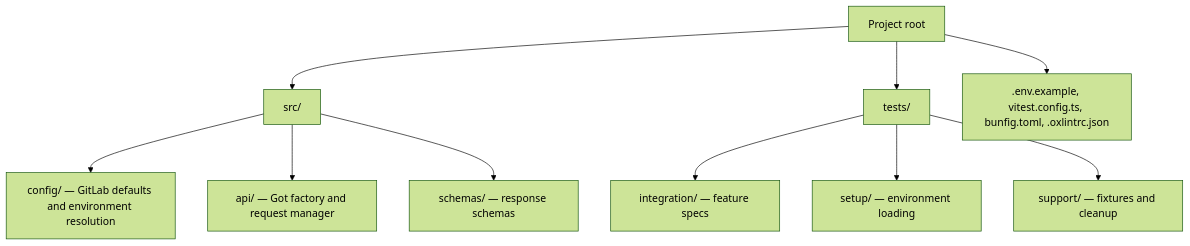
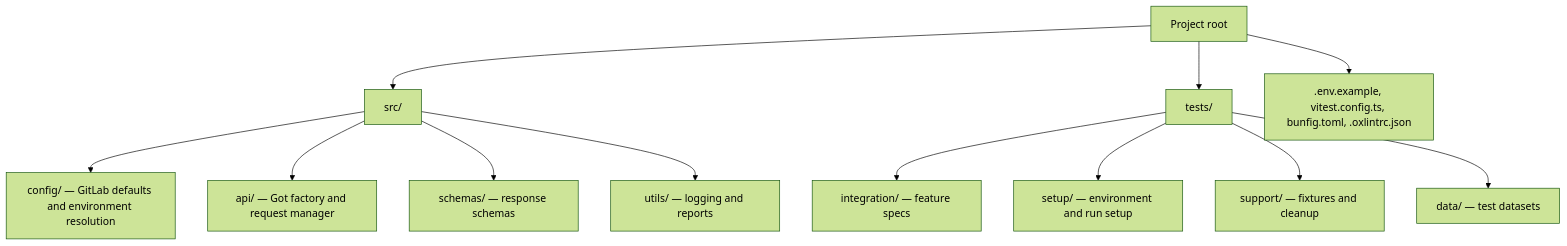
The second of 2 diagrams in wiki/labs/l4/architecture.md (sqe3-organization/sqe3-2026-group4), drawn with Mermaid (forest theme) before and after one commit. The commit also changed other lines of this file and 3 other files, not shown here.

````diff
--- a/wiki/labs/l4/architecture.md
+++ b/wiki/labs/l4/architecture.md
@@ -25,12 +38,14 @@
 ```mermaid
 flowchart TD
   Root["Project root"] --> Src["src/"]
   Root --> Tests["tests/"]
   Root --> Tooling[".env.example, vitest.config.ts, bunfig.toml, .oxlintrc.json"]
   Src --> Config["config/ — GitLab defaults and environment resolution"]
   Src --> API["api/ — Got factory and request manager"]
   Src --> Schemas["schemas/ — response schemas"]
+  Src --> Logs["utils/ — logging and reports"]
   Tests --> Integration["integration/ — feature specs"]
-  Tests --> Setup["setup/ — environment loading"]
+  Tests --> Setup["setup/ — environment and run setup"]
   Tests --> Support["support/ — fixtures and cleanup"]
+  Tests --> Data["data/ — test datasets"]
 ```
````
